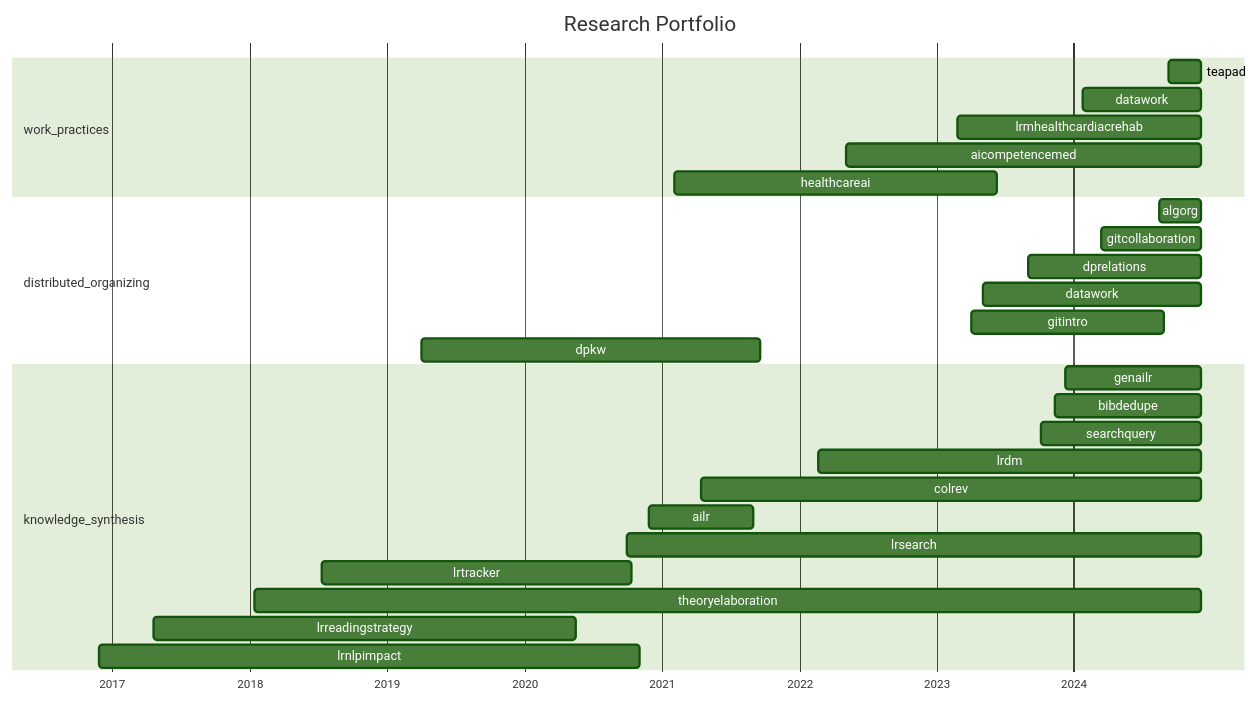
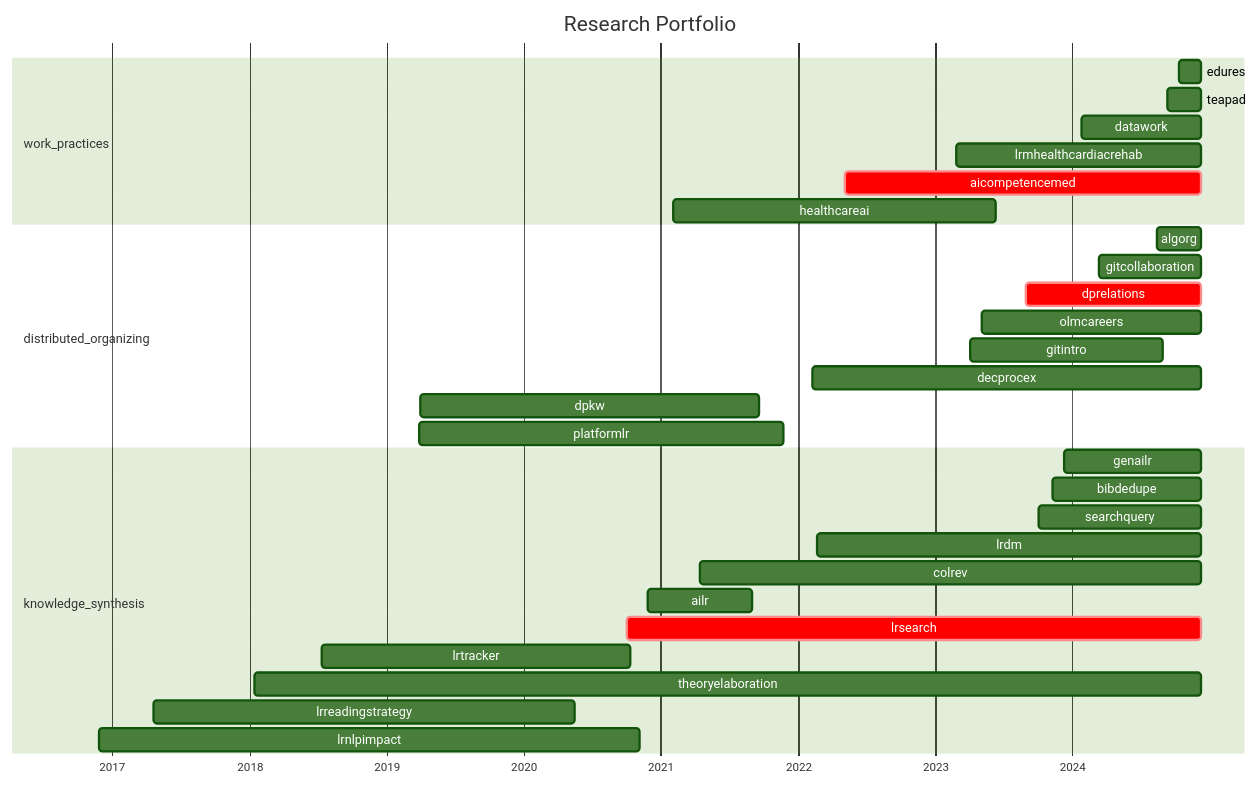
Before and after one commit to digital-work-lab/handbook: the diagram in docs/20-research/25-projects-gantt.md, drawn with Mermaid (forest theme). The commit also changed 1 other file, not shown here.

Commit message:
update gantt

````diff
--- a/docs/20-research/25-projects-gantt.md
+++ b/docs/20-research/25-projects-gantt.md
@@ -8,34 +8,37 @@
 ```mermaid
 gantt
     title Research Portfolio
     dateFormat YYYY-MM-DD
     axisFormat %Y
     
     section work_practices
-        teapad :a1, 2024-09-10, 2024-12-04
-        datawork :a1, 2024-01-25, 2024-12-04
-        lrmhealthcardiacrehab :a1, 2023-02-26, 2024-12-04
-        aicompetencemed :a1, 2022-05-06, 2024-12-04
+        edures :a1, 2024-10-10, 2024-12-09
+        teapad :a1, 2024-09-10, 2024-12-09
+        datawork :a1, 2024-01-25, 2024-12-09
+        lrmhealthcardiacrehab :a1, 2023-02-26, 2024-12-09
+        aicompetencemed :crit, 2022-05-06, 2024-12-09
         healthcareai :a1, 2021-02-03, 2023-06-10
 
     section distributed_organizing
-        algorg :a1, 2024-08-14, 2024-12-04
-        gitcollaboration :a1, 2024-03-13, 2024-12-04
-        dprelations :a1, 2023-09-01, 2024-12-04
-        datawork :a1, 2023-05-04, 2024-12-04
+        algorg :a1, 2024-08-14, 2024-12-09
+        gitcollaboration :a1, 2024-03-13, 2024-12-09
+        dprelations :crit, 2023-09-01, 2024-12-09
+        olmcareers :a1, 2023-05-04, 2024-12-09
         gitintro :a1, 2023-04-04, 2024-08-28
+        decprocex :a1, 2022-02-09, 2024-12-09
         dpkw :a1, 2019-04-02, 2021-09-18
+        platformlr :a1, 2019-03-28, 2021-11-22
 
     section knowledge_synthesis
-        genailr :a1, 2023-12-10, 2024-12-04
-        bibdedupe :a1, 2023-11-11, 2024-12-04
-        searchquery :a1, 2023-10-04, 2024-12-04
-        lrdm :a1, 2022-02-20, 2024-12-04
-        colrev :a1, 2021-04-15, 2024-12-04
+        genailr :a1, 2023-12-10, 2024-12-09
+        bibdedupe :a1, 2023-11-11, 2024-12-09
+        searchquery :a1, 2023-10-04, 2024-12-09
+        lrdm :a1, 2022-02-20, 2024-12-09
+        colrev :a1, 2021-04-15, 2024-12-09
         ailr :a1, 2020-11-26, 2021-09-02
-        lrsearch :a1, 2020-10-01, 2024-12-04
+        lrsearch :crit, 2020-10-01, 2024-12-09
         lrtracker :a1, 2018-07-12, 2020-10-12
-        theoryelaboration :a1, 2018-01-15, 2024-12-04
+        theoryelaboration :a1, 2018-01-15, 2024-12-09
         lrreadingstrategy :a1, 2017-04-22, 2020-05-17
         lrnlpimpact :a1, 2016-11-27, 2020-11-04
 ```
````
